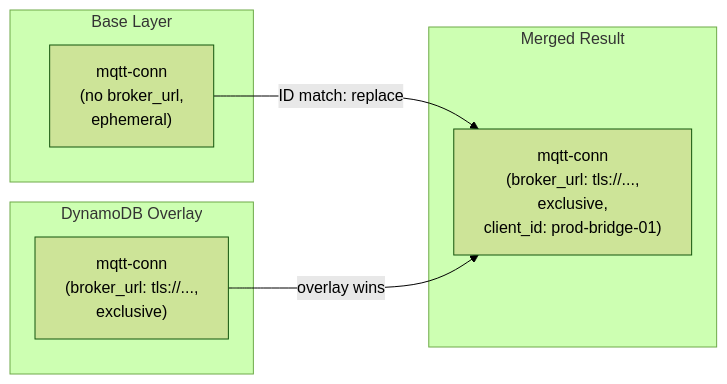
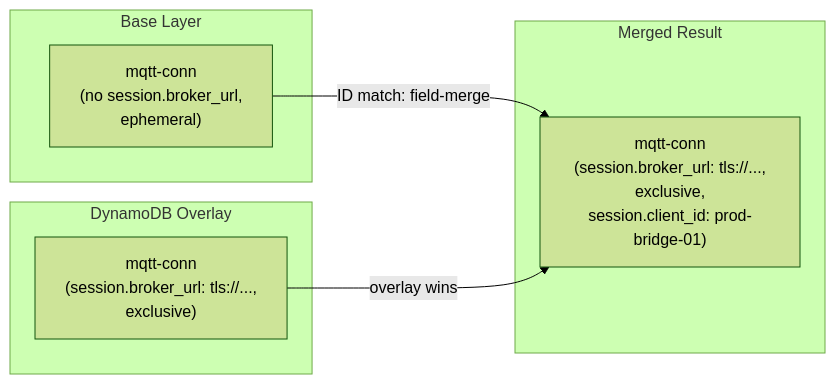
One commit to mariotoffia/gobridge changed the second of 3 diagrams in docs/scenarios/09-layered-dynamodb-config.md. Above: the diagram before and after it, drawn with Mermaid (forest theme). The commit also changed other lines of this file and 81 other files, not shown here.

````diff
--- a/docs/scenarios/09-layered-dynamodb-config.md
+++ b/docs/scenarios/09-layered-dynamodb-config.md
@@ -271,17 +273,17 @@
 ```mermaid
 flowchart LR
     subgraph Base ["Base Layer"]
-        BS["mqtt-conn\n(no broker_url,\nephemeral)"]
+        BS["mqtt-conn\n(no session.broker_url,\nephemeral)"]
     end
 
     subgraph Overlay ["DynamoDB Overlay"]
-        OS["mqtt-conn\n(broker_url: tls://...,\nexclusive)"]
+        OS["mqtt-conn\n(session.broker_url: tls://...,\nexclusive)"]
     end
 
     subgraph Merged ["Merged Result"]
-        MS["mqtt-conn\n(broker_url: tls://...,\nexclusive,\nclient_id: prod-bridge-01)"]
+        MS["mqtt-conn\n(session.broker_url: tls://...,\nexclusive,\nsession.client_id: prod-bridge-01)"]
     end
 
-    BS -->|"ID match: replace"| MS
+    BS -->|"ID match: field-merge"| MS
     OS -->|"overlay wins"| MS
 ```
````
